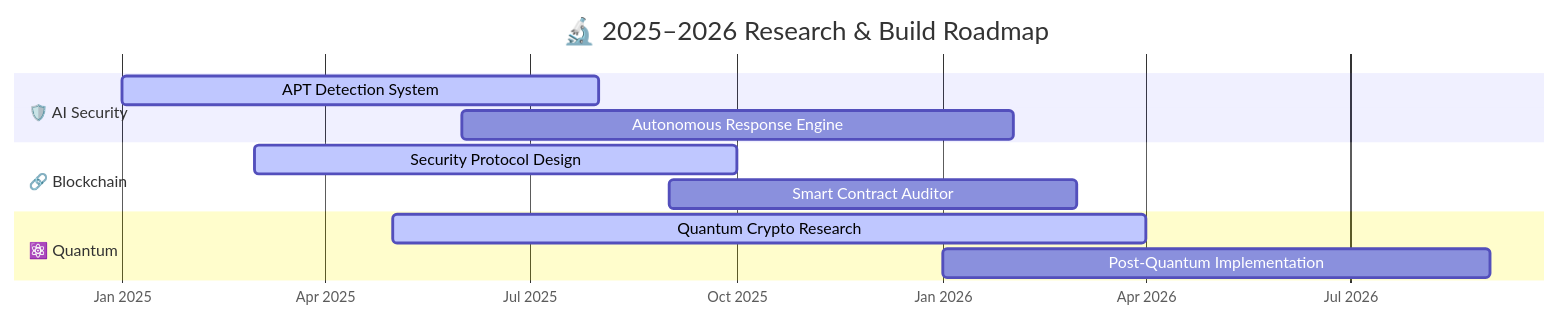
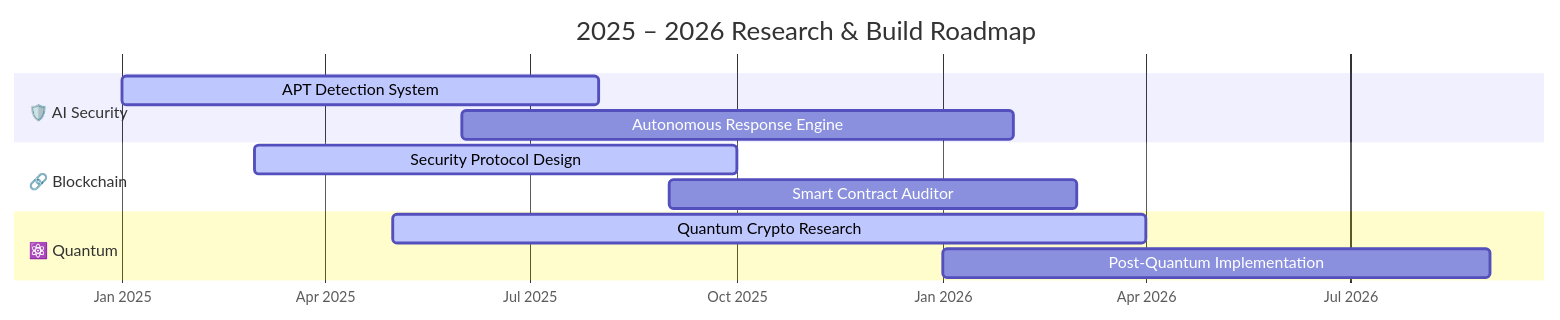
One commit to LuthandoCandlovu/LuthandoCandlovu changed the seventh of 7 diagrams in README.md. Above: the diagram before and after it, drawn with Mermaid. The commit also changed other lines of this file, not shown here.

````diff
--- a/README.md
+++ b/README.md
@@ -461,18 +395,18 @@
 ```mermaid
 gantt
-    title 🔬 2025–2026 Research & Build Roadmap
+    title 2025 – 2026 Research & Build Roadmap
     dateFormat  YYYY-MM
     axisFormat  %b %Y
 
     section 🛡️ AI Security
     APT Detection System       :active, apt, 2025-01, 2025-08
     Autonomous Response Engine :        are, 2025-06, 2026-02
 
     section 🔗 Blockchain
     Security Protocol Design   :active, blk, 2025-03, 2025-10
     Smart Contract Auditor     :        sca, 2025-09, 2026-03
 
     section ⚛️ Quantum
     Quantum Crypto Research    :active, qcr, 2025-05, 2026-04
     Post-Quantum Implementation:        pqi, 2026-01, 2026-09
 ```
````
